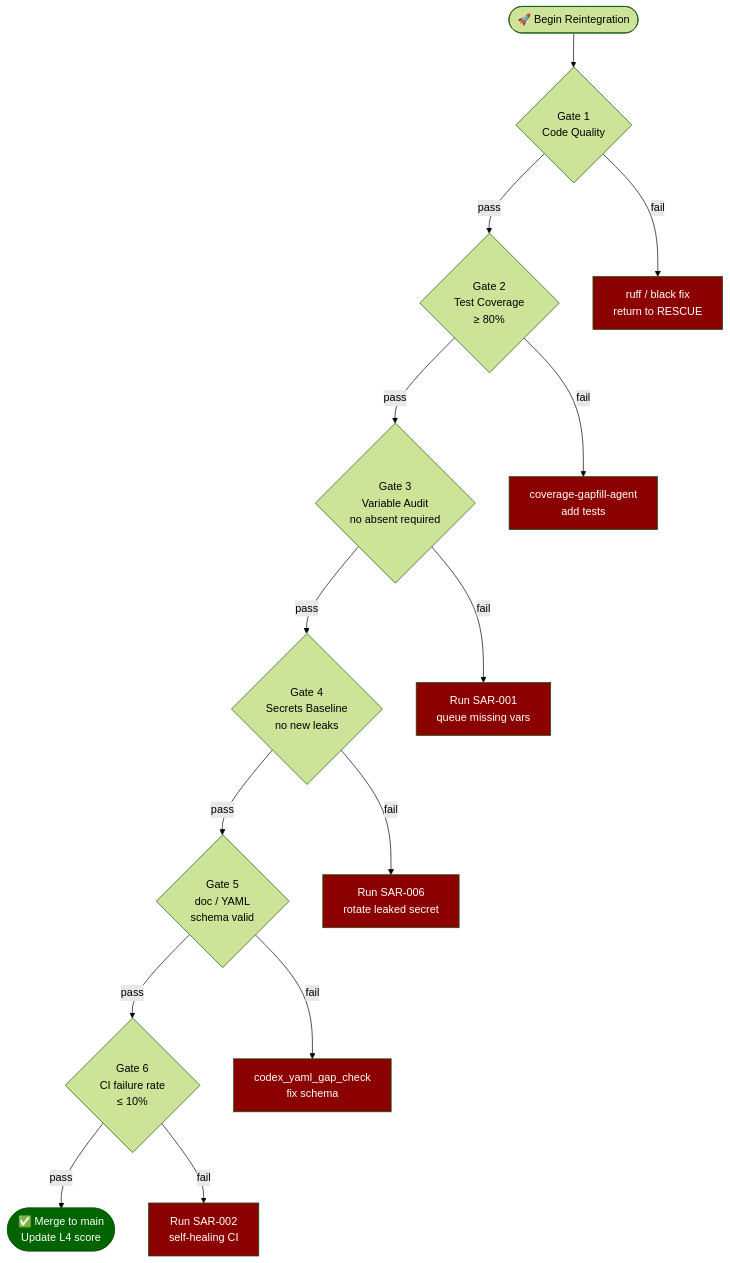
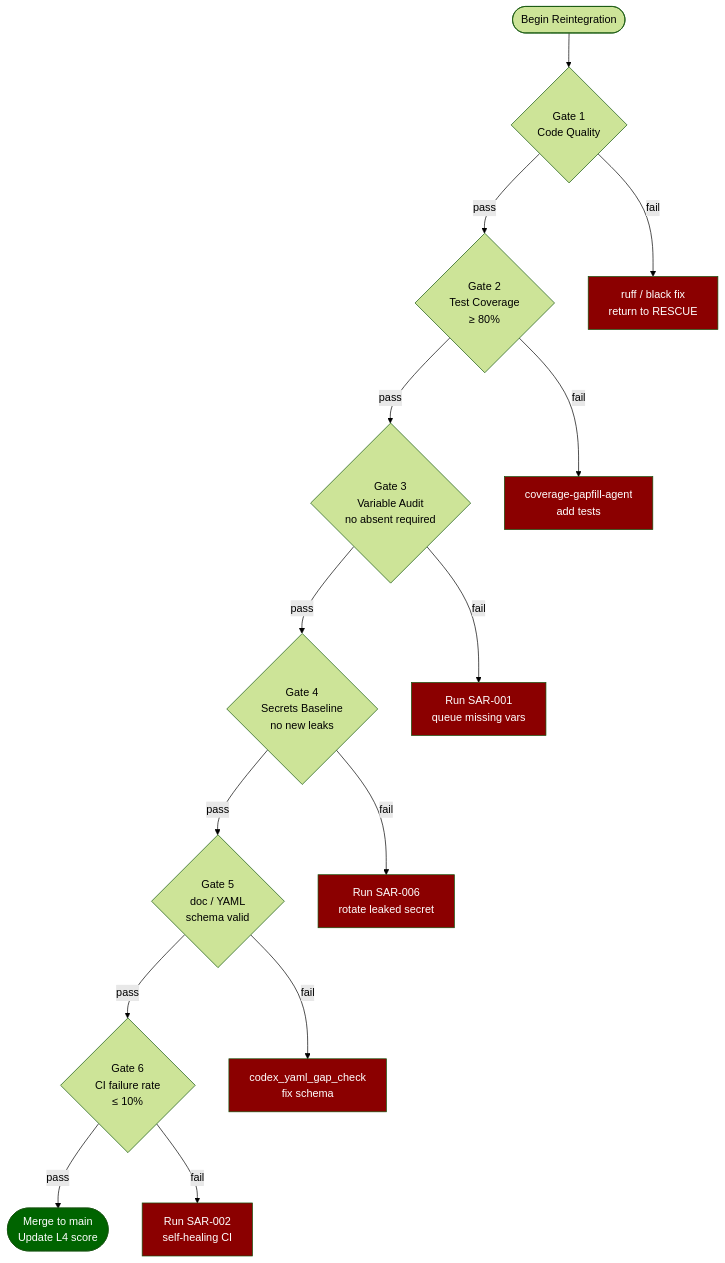
Before and after one commit to Aries-Serpent/_codex_: diagram 12 of 17 in docs/ops/SAR_METHODOLOGY.md, drawn with Mermaid (forest theme). The commit also changed other lines of this file and 2029 other files, not shown here.

````diff
--- a/docs/ops/SAR_METHODOLOGY.md
+++ b/docs/ops/SAR_METHODOLOGY.md
@@ -495,39 +497,39 @@
 ```mermaid
-%%{init: {'accessibility': {'title': 'Flowchart showing 🚀 Begin Reintegration, ruff / black fix\nreturn to RESCUE'}}%%
+%%{init: {'accessibility': {'title': 'Flowchart showing  Begin Reintegration, ruff / black fix\nreturn to RESCUE'}}%%
 flowchart TD
-    START([🚀 Begin Reintegration]) --> G1
+    START([ Begin Reintegration]) --> G1
 
     G1{Gate 1\nCode Quality}
     G1 -->|pass| G2
     G1 -->|fail| FAIL1[ruff / black fix\nreturn to RESCUE]
 
     G2{Gate 2\nTest Coverage\n≥ 80%}
     G2 -->|pass| G3
     G2 -->|fail| FAIL2[coverage-gapfill-agent\nadd tests]
 
     G3{Gate 3\nVariable Audit\nno absent required}
     G3 -->|pass| G4
     G3 -->|fail| FAIL3[Run SAR-001\nqueue missing vars]
 
     G4{Gate 4\nSecrets Baseline\nno new leaks}
     G4 -->|pass| G5
     G4 -->|fail| FAIL4[Run SAR-006\nrotate leaked secret]
 
     G5{Gate 5\ndoc / YAML\nschema valid}
     G5 -->|pass| G6
     G5 -->|fail| FAIL5[codex_yaml_gap_check\nfix schema]
 
     G6{Gate 6\nCI failure rate\n≤ 10%}
     G6 -->|pass| MERGE
     G6 -->|fail| FAIL6[Run SAR-002\nself-healing CI]
 
-    MERGE([✅ Merge to main\nUpdate L4 score])
+    MERGE([ Merge to main\nUpdate L4 score])
 
     style MERGE fill:#006400,color:#fff
     style FAIL1 fill:#8b0000,color:#fff
     style FAIL2 fill:#8b0000,color:#fff
     style FAIL3 fill:#8b0000,color:#fff
     style FAIL4 fill:#8b0000,color:#fff
     style FAIL5 fill:#8b0000,color:#fff
     style FAIL6 fill:#8b0000,color:#fff
 ```
````
